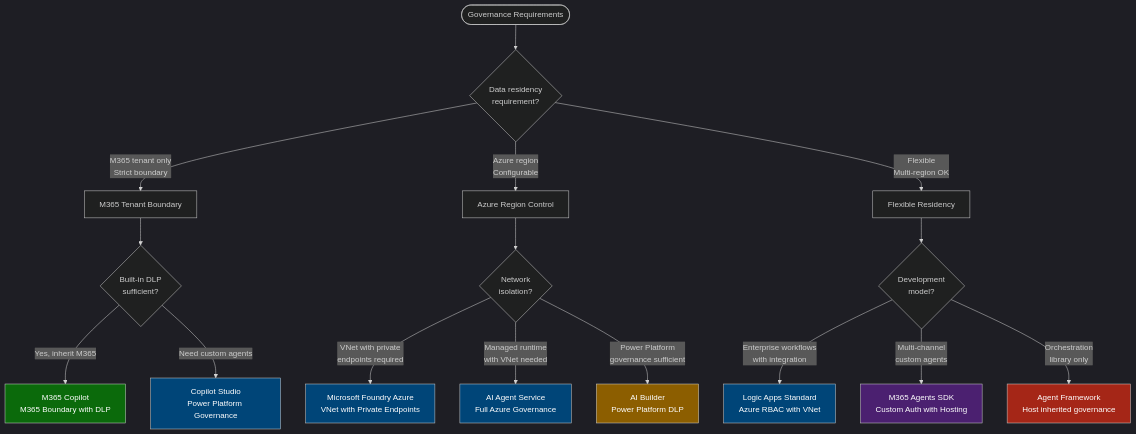
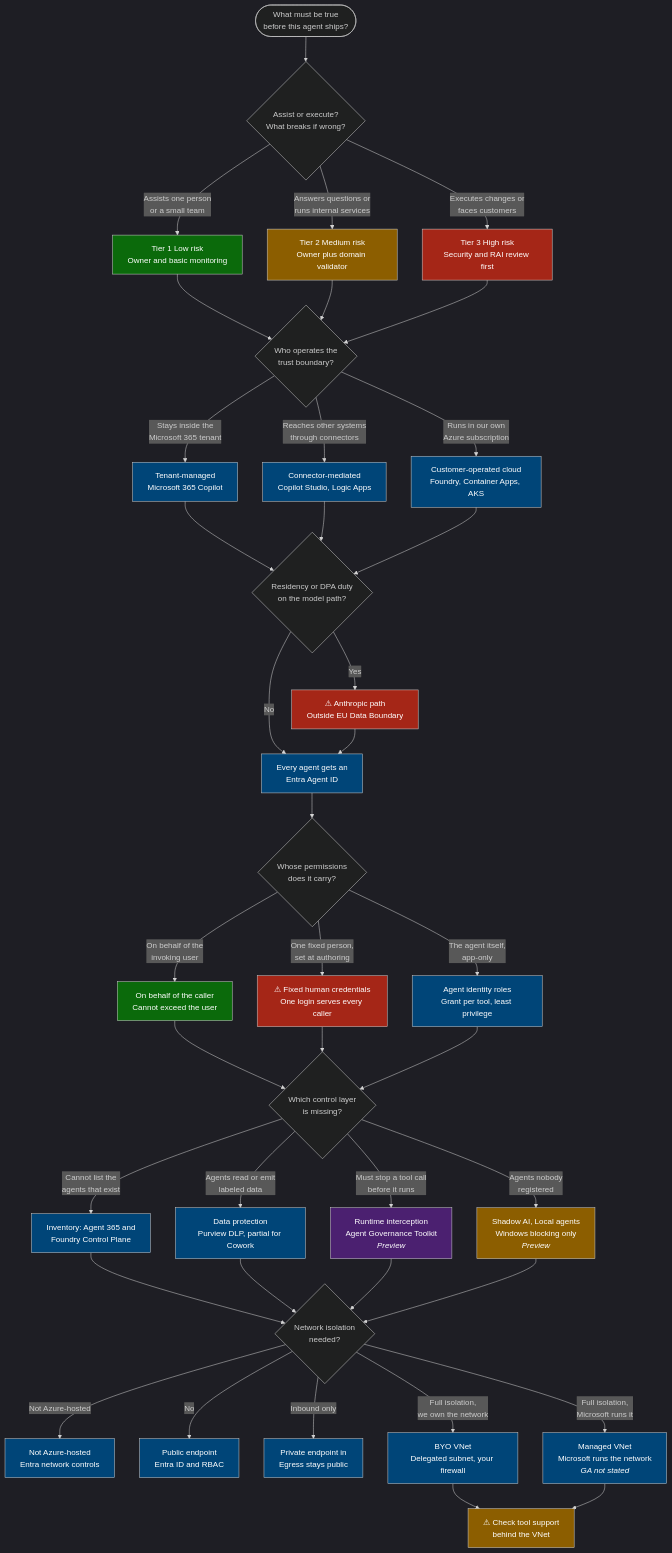
The sixth of 10 diagrams in docs/visual-framework.md (microsoft/Microsoft-AI-Decision-Framework), drawn with Mermaid before and after one commit. The commit also changed other lines of this file and 29 other files, not shown here.

````diff
--- a/docs/visual-framework.md
+++ b/docs/visual-framework.md
@@ -835,32 +801,93 @@
 ```mermaid
 %%{init: {'theme':'dark'}}%%
 flowchart TD
-    Start([Governance Requirements]) --> Q1{Data residency<br/>requirement?}
+    Start([What must be true<br/>before this agent ships?])
+    Q_Risk{Assist or execute?<br/>What breaks if wrong?}
+    T1[Tier 1 Low risk<br/>Owner and basic monitoring]
+    T2[Tier 2 Medium risk<br/>Owner plus domain validator]
+    T3[Tier 3 High risk<br/>Security and RAI review first]
+    Q_Bound{Who operates the<br/>trust boundary?}
+    B_Tenant[Tenant-managed<br/>Microsoft 365 Copilot]
+    B_Conn[Connector-mediated<br/>Copilot Studio, Logic Apps]
+    B_Cloud[Customer-operated cloud<br/>Foundry, Container Apps, AKS]
+    Q_Resid{Residency or DPA duty<br/>on the model path?}
+    W_Anthropic[⚠ Anthropic path<br/>Outside EU Data Boundary]
+    Id_Name[Every agent gets an<br/>Entra Agent ID]
+    Q_Auth{Whose permissions<br/>does it carry?}
+    A_User[On behalf of the caller<br/>Cannot exceed the user]
+    A_Fixed[⚠ Fixed human credentials<br/>One login serves every caller]
+    A_Own[Agent identity roles<br/>Grant per tool, least privilege]
+    Q_Ctl{Which control layer<br/>is missing?}
+    C_Fleet[Inventory: Agent 365 and<br/>Foundry Control Plane]
+    C_Data[Data protection<br/>Purview DLP, partial for Cowork]
+    C_Runtime[Runtime interception<br/>Agent Governance Toolkit<br/><i>Preview</i>]
+    C_Shadow[Shadow AI, Local agents<br/>Windows blocking only<br/><i>Preview</i>]
+    Q_Net{Network isolation<br/>needed?}
+    N_Entra[Not Azure-hosted<br/>Entra network controls]
+    N_Public[Public endpoint<br/>Entra ID and RBAC]
+    N_PE[Private endpoint in<br/>Egress stays public]
+    N_BYO[BYO VNet<br/>Delegated subnet, your firewall]
+    N_Managed[Managed VNet<br/>Microsoft runs the network<br/><i>GA not stated</i>]
+    N_Tools[⚠ Check tool support<br/>behind the VNet]
 
-    Q1 -->|M365 tenant only<br/>Strict boundary| R1[M365 Tenant Boundary]
-    Q1 -->|Azure region<br/>Configurable| R2[Azure Region Control]
-    Q1 -->|Flexible<br/>Multi-region OK| R3[Flexible Residency]
+    Start --> Q_Risk
+    Q_Risk -->|Assists one person<br/>or a small team| T1
+    Q_Risk -->|Answers questions or<br/>runs internal services| T2
+    Q_Risk -->|Executes changes or<br/>faces customers| T3
+    T1 --> Q_Bound
+    T2 --> Q_Bound
+    T3 --> Q_Bound
+    Q_Bound -->|Stays inside the<br/>Microsoft 365 tenant| B_Tenant
+    Q_Bound -->|Reaches other systems<br/>through connectors| B_Conn
+    Q_Bound -->|Runs in our own<br/>Azure subscription| B_Cloud
+    B_Tenant --> Q_Resid
+    B_Conn --> Q_Resid
+    B_Cloud --> Q_Resid
+    Q_Resid -->|Yes| W_Anthropic
+    Q_Resid -->|No| Id_Name
+    W_Anthropic --> Id_Name
+    Id_Name --> Q_Auth
+    Q_Auth -->|On behalf of the<br/>invoking user| A_User
+    Q_Auth -->|One fixed person,<br/>set at authoring| A_Fixed
+    Q_Auth -->|The agent itself,<br/>app-only| A_Own
+    A_User --> Q_Ctl
+    A_Fixed --> Q_Ctl
+    A_Own --> Q_Ctl
+    Q_Ctl -->|Cannot list the<br/>agents that exist| C_Fleet
+    Q_Ctl -->|Agents read or emit<br/>labeled data| C_Data
+    Q_Ctl -->|Must stop a tool call<br/>before it runs| C_Runtime
+    Q_Ctl -->|Agents nobody<br/>registered| C_Shadow
+    C_Fleet --> Q_Net
+    C_Data --> Q_Net
+    C_Runtime --> Q_Net
+    C_Shadow --> Q_Net
+    Q_Net -->|Not Azure-hosted| N_Entra
+    Q_Net -->|No| N_Public
+    Q_Net -->|Inbound only| N_PE
+    Q_Net -->|Full isolation,<br/>we own the network| N_BYO
+    Q_Net -->|Full isolation,<br/>Microsoft runs it| N_Managed
+    N_BYO --> N_Tools
+    N_Managed --> N_Tools
 
-    R1 --> Q2{Built-in DLP<br/>sufficient?}
-    Q2 -->|Yes, inherit M365| G1[M365 Copilot<br/>M365 Boundary with DLP]
-    Q2 -->|Need custom agents| G2[Copilot Studio<br/>Power Platform Governance]
-
-    R2 --> Q3{Network<br/>isolation?}
-    Q3 -->|VNet with private<br/>endpoints required| G3[Microsoft Foundry Azure<br/>VNet with Private Endpoints]
-    Q3 -->|Managed runtime<br/>with VNet needed| G4[AI Agent Service<br/>Full Azure Governance]
-    Q3 -->|Power Platform<br/>governance sufficient| G5[AI Builder<br/>Power Platform DLP]
-
-    R3 --> Q4{Development<br/>model?}
-    Q4 -->|Enterprise workflows<br/>with integration| G6[Logic Apps Standard<br/>Azure RBAC with VNet]
-    Q4 -->|Multi-channel<br/>custom agents| G7[M365 Agents SDK<br/>Custom Auth with Hosting]
-    Q4 -->|Orchestration<br/>library only| G8[Agent Framework<br/>Host inherited governance]
-
-    style G1 fill:#0b6a0b,color:#fff
-    style G2 fill:#004578,color:#fff
-    style G3 fill:#004578,color:#fff
-    style G4 fill:#004578,color:#fff
-    style G5 fill:#8c5e00,color:#fff
-    style G6 fill:#004578,color:#fff
-    style G7 fill:#4b2070,color:#fff
-    style G8 fill:#a52617,color:#fff
+    style T1 fill:#0b6a0b,color:#fff
+    style T2 fill:#8c5e00,color:#fff
+    style T3 fill:#a52617,color:#fff
+    style B_Tenant fill:#004578,color:#fff
+    style B_Conn fill:#004578,color:#fff
+    style B_Cloud fill:#004578,color:#fff
+    style W_Anthropic fill:#a52617,color:#fff
+    style Id_Name fill:#004578,color:#fff
+    style A_User fill:#0b6a0b,color:#fff
+    style A_Fixed fill:#a52617,color:#fff
+    style A_Own fill:#004578,color:#fff
+    style C_Fleet fill:#004578,color:#fff
+    style C_Data fill:#004578,color:#fff
+    style C_Runtime fill:#4b2070,color:#fff
+    style C_Shadow fill:#8c5e00,color:#fff
+    style N_Entra fill:#004578,color:#fff
+    style N_Public fill:#004578,color:#fff
+    style N_PE fill:#004578,color:#fff
+    style N_BYO fill:#004578,color:#fff
+    style N_Managed fill:#004578,color:#fff
+    style N_Tools fill:#8c5e00,color:#fff
 ```
````
